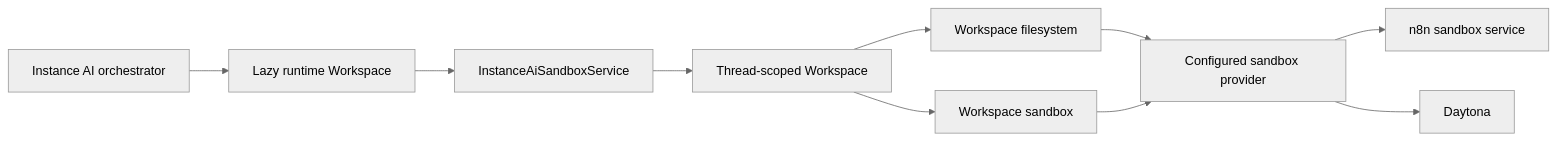
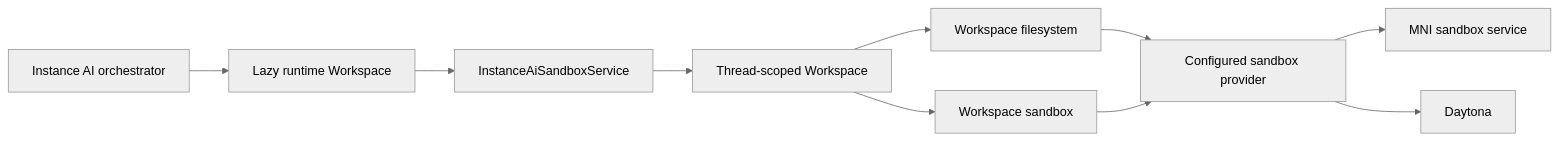
The diagram in packages/@n8n/instance-ai/docs/sandboxing.md (Rajsingh18110/MNI), drawn with Mermaid (neutral theme) before and after one commit. The commit also changed other lines of this file and 2767 other files, not shown here.

````diff
--- a/packages/@n8n/instance-ai/docs/sandboxing.md
+++ b/packages/@n8n/instance-ai/docs/sandboxing.md
@@ -13,12 +13,12 @@
 ```mermaid
 graph LR
     Agent[Instance AI orchestrator] --> Lazy[Lazy runtime Workspace]
     Lazy --> Service[InstanceAiSandboxService]
     Service --> Shared[Thread-scoped Workspace]
     Shared --> FS[Workspace filesystem]
     Shared --> Cmd[Workspace sandbox]
     FS --> Provider[Configured sandbox provider]
     Cmd --> Provider
-    Provider --> N8n[n8n sandbox service]
+    Provider --> MNI[MNI sandbox service]
     Provider --> Daytona[Daytona]
 ```
````
